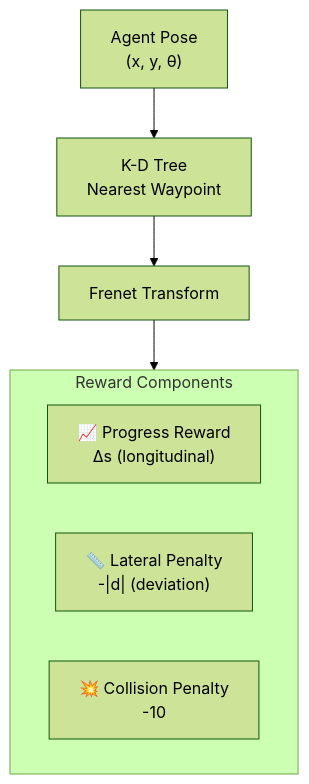
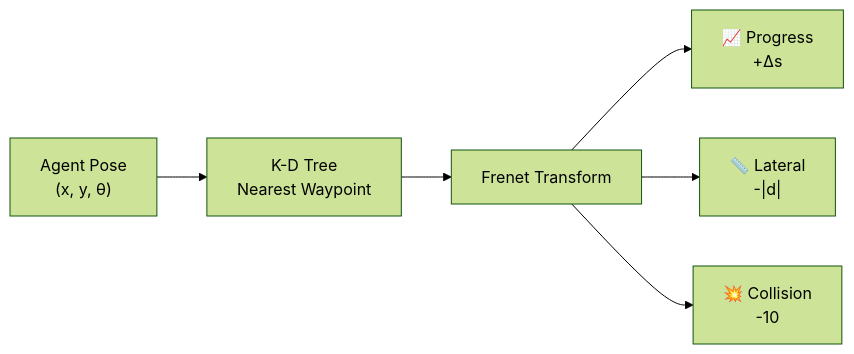
One commit to leesg0107/leesg0107.github.io changed the third of 8 diagrams in _posts/project/2025-11-22-agent-mcqueen.md. Above: the diagram before and after it, drawn with Mermaid (forest theme). The commit also changed other lines of this file, not shown here.

First line of the commit message:
Change vertical Mermaid diagrams to horizontal layout

```diff
--- a/_posts/project/2025-11-22-agent-mcqueen.md
+++ b/_posts/project/2025-11-22-agent-mcqueen.md
@@ -120,16 +123,8 @@
 <div class="mermaid">
-flowchart TB
-    POSE["Agent Pose<br/>(x, y, θ)"]
-    KD["K-D Tree<br/>Nearest Waypoint"]
-    FRENET["Frenet Transform"]
+flowchart LR
+    POSE["Agent Pose<br/>(x, y, θ)"] --> KD["K-D Tree<br/>Nearest Waypoint"] --> FRENET["Frenet Transform"]
 
-    subgraph REWARDS["Reward Components"]
-        PROG["📈 Progress Reward<br/>Δs (longitudinal)"]
-        LAT["📏 Lateral Penalty<br/>-|d| (deviation)"]
-        COL["💥 Collision Penalty<br/>-10"]
-    end
-
-    POSE --> KD
-    KD --> FRENET
-    FRENET --> REWARDS
+    FRENET --> PROG["📈 Progress<br/>+Δs"]
+    FRENET --> LAT["📏 Lateral<br/>-|d|"]
+    FRENET --> COL["💥 Collision<br/>-10"]
 </div>
```
